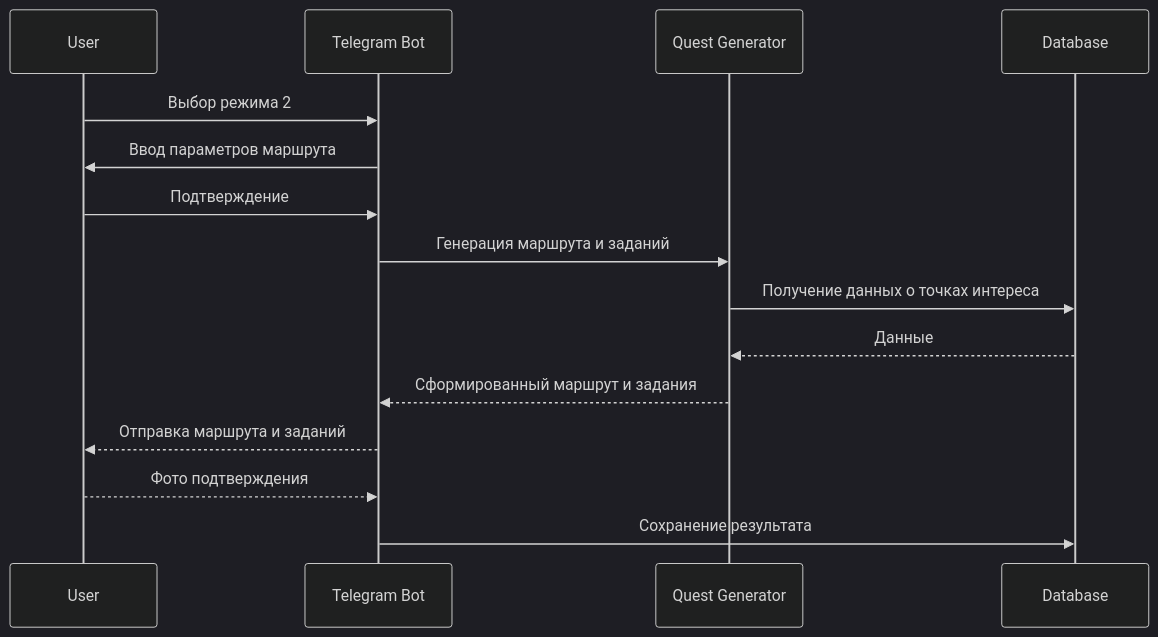
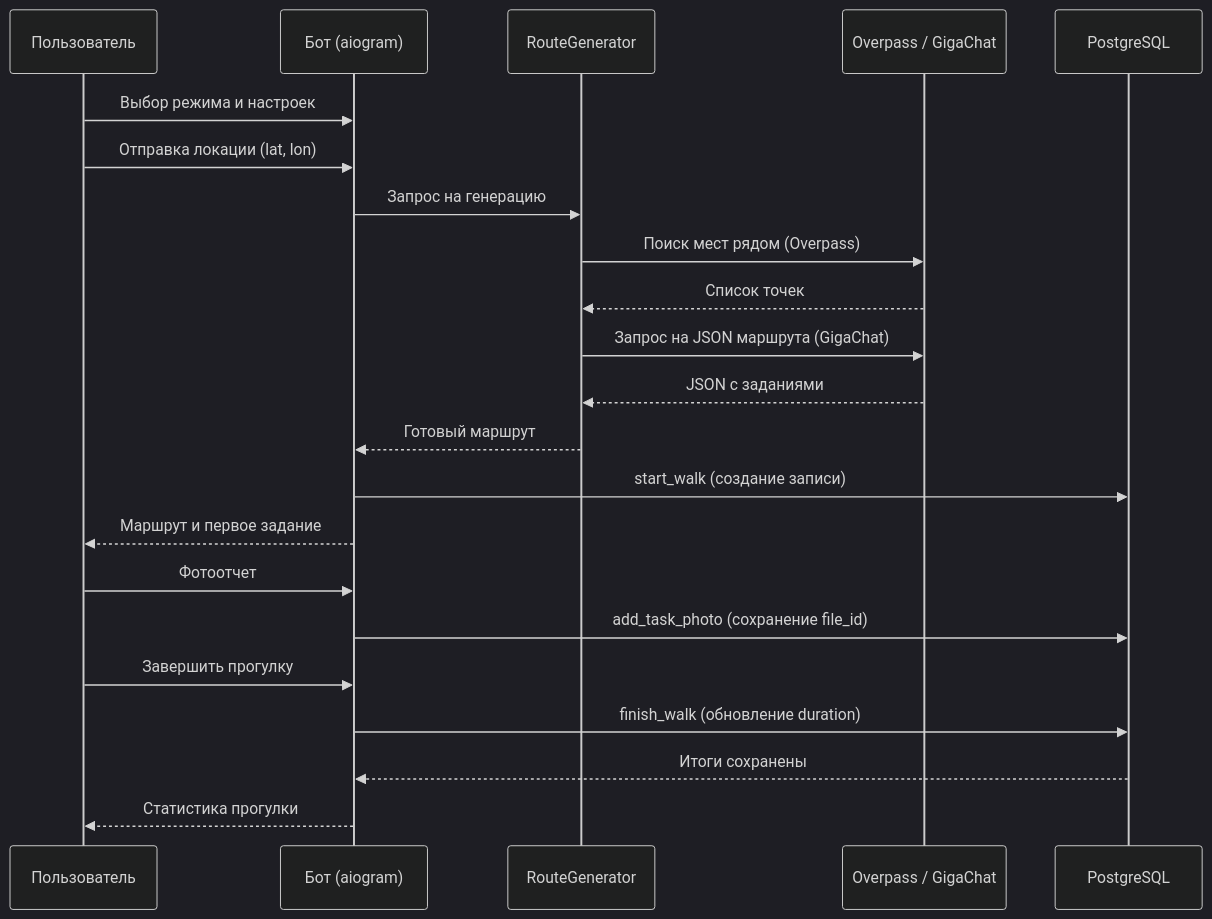
One commit to Edgarchick04/prod_python changed the second of 3 diagrams in final_project/documentation.md. Above: the diagram before and after it, drawn with Mermaid (dark theme). The commit also changed other lines of this file, not shown here.

````diff
--- a/final_project/documentation.md
+++ b/final_project/documentation.md
@@ -96,18 +127,25 @@
 ```mermaid
 sequenceDiagram
-    participant U as User
-    participant T as Telegram Bot
-    participant G as Quest Generator
-    participant DB as Database
+    participant U as Пользователь
+    participant T as Бот (aiogram)
+    participant G as RouteGenerator
+    participant API as Overpass / GigaChat
+    participant DB as PostgreSQL
 
-    U->>T: Выбор режима 2
-    T->>U: Ввод параметров маршрута
-    U->>T: Подтверждение
-    T->>G: Генерация маршрута и заданий
-    G->>DB: Получение данных о точках интереса
-    DB-->>G: Данные
-    G-->>T: Сформированный маршрут и задания
-    T-->>U: Отправка маршрута и заданий
-    U-->>T: Фото подтверждения
-    T->>DB: Сохранение результата
+    U->>T: Выбор режима и настроек
+    U->>T: Отправка локации (lat, lon)
+    T->>G: Запрос на генерацию
+    G->>API: Поиск мест рядом (Overpass)
+    API-->>G: Список точек
+    G->>API: Запрос на JSON маршрута (GigaChat)
+    API-->>G: JSON с заданиями
+    G-->>T: Готовый маршрут
+    T->>DB: start_walk (создание записи)
+    T-->>U: Маршрут и первое задание
+    U->>T: Фотоотчет
+    T->>DB: add_task_photo (сохранение file_id)
+    U->>T: Завершить прогулку
+    T->>DB: finish_walk (обновление duration)
+    DB-->>T: Итоги сохранены
+    T-->>U: Статистика прогулки
 ```
````
